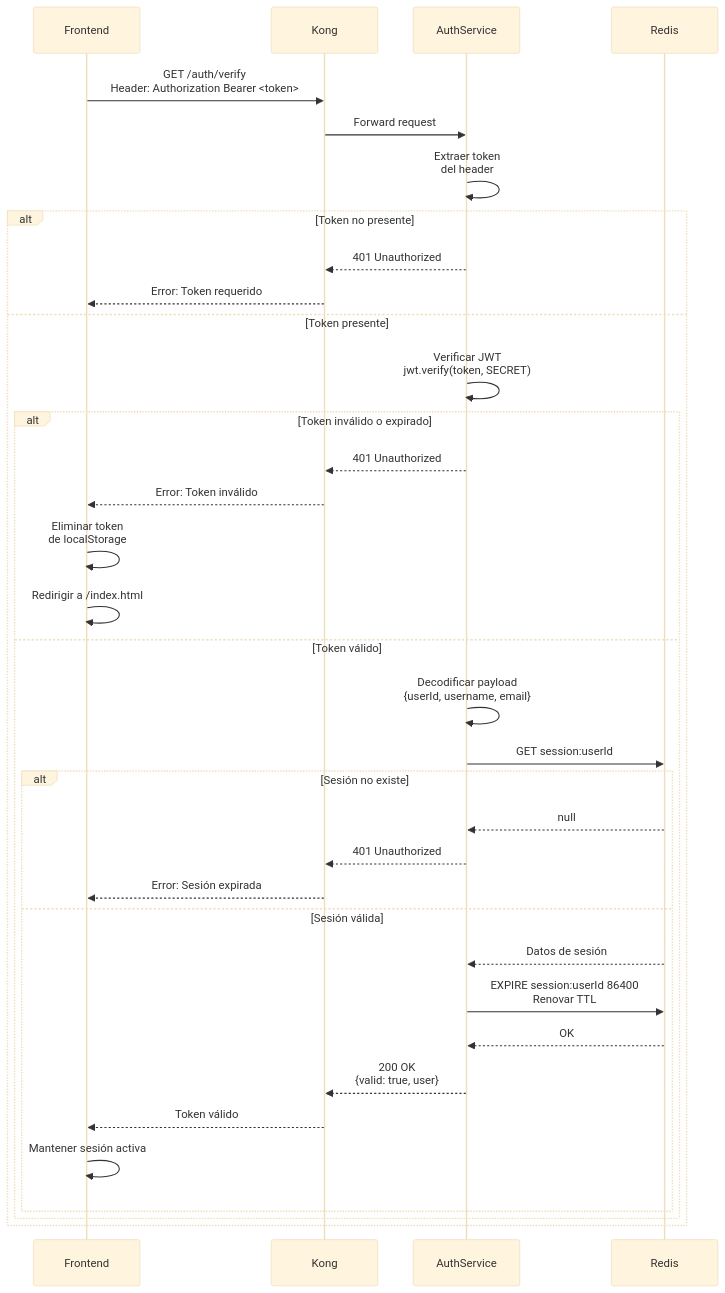
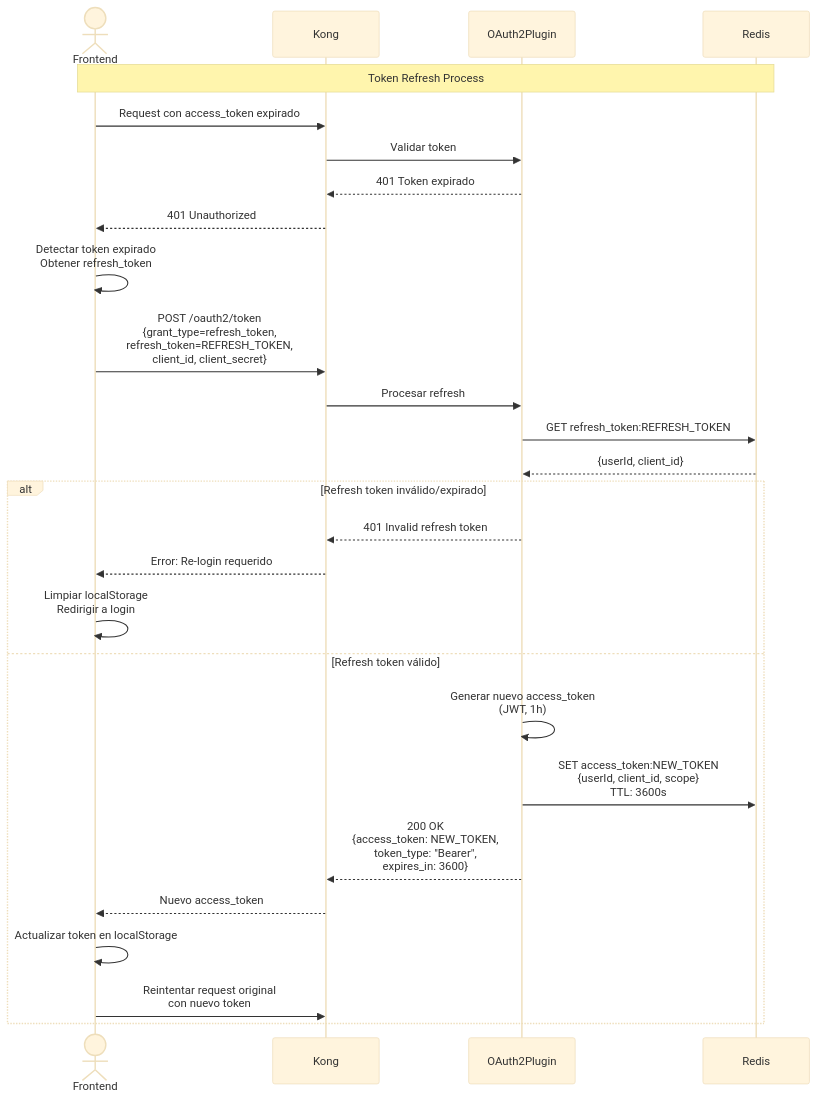
Before and after one commit to retrogamecloud/docs: the third of 8 diagrams in sequence-diagrams.mdx, drawn with Mermaid (base theme). The commit also changed other lines of this file and 40 other files, not shown here.

````diff
--- a/sequence-diagrams.mdx
+++ b/sequence-diagrams.mdx
@@ -121,47 +154,38 @@
 ```mermaid
 sequenceDiagram
-    participant Frontend
+    actor Frontend
     participant Kong
-    participant AuthService
+    participant OAuth2Plugin
     participant Redis
 
-    Frontend->>Kong: GET /auth/verify<br/>Header: Authorization Bearer <token>
+    Note over Frontend,Redis: Token Refresh Process
 
-    Kong->>AuthService: Forward request
+    Frontend->>Kong: Request con access_token expirado
+    Kong->>OAuth2Plugin: Validar token
+    OAuth2Plugin-->>Kong: 401 Token expirado
+    Kong-->>Frontend: 401 Unauthorized
 
-    AuthService->>AuthService: Extraer token<br/>del header
+    Frontend->>Frontend: Detectar token expirado<br/>Obtener refresh_token
 
-    alt Token no presente
-        AuthService-->>Kong: 401 Unauthorized
-        Kong-->>Frontend: Error: Token requerido
-    else Token presente
-        AuthService->>AuthService: Verificar JWT<br/>jwt.verify(token, SECRET)
+    Frontend->>Kong: POST /oauth2/token<br/>{grant_type=refresh_token,<br/>refresh_token=REFRESH_TOKEN,<br/>client_id, client_secret}
 
-        alt Token inválido o expirado
-            AuthService-->>Kong: 401 Unauthorized
-            Kong-->>Frontend: Error: Token inválido
-            Frontend->>Frontend: Eliminar token<br/>de localStorage
-            Frontend->>Frontend: Redirigir a /index.html
-        else Token válido
-            AuthService->>AuthService: Decodificar payload<br/>{userId, username, email}
+    Kong->>OAuth2Plugin: Procesar refresh
+    OAuth2Plugin->>Redis: GET refresh_token:REFRESH_TOKEN
+    Redis-->>OAuth2Plugin: {userId, client_id}
 
-            AuthService->>Redis: GET session:userId
+    alt Refresh token inválido/expirado
+        OAuth2Plugin-->>Kong: 401 Invalid refresh token
+        Kong-->>Frontend: Error: Re-login requerido
+        Frontend->>Frontend: Limpiar localStorage<br/>Redirigir a login
+    else Refresh token válido
+        OAuth2Plugin->>OAuth2Plugin: Generar nuevo access_token<br/>(JWT, 1h)
 
-            alt Sesión no existe
-                Redis-->>AuthService: null
-                AuthService-->>Kong: 401 Unauthorized
-                Kong-->>Frontend: Error: Sesión expirada
-            else Sesión válida
-                Redis-->>AuthService: Datos de sesión
+        OAuth2Plugin->>Redis: SET access_token:NEW_TOKEN<br/>{userId, client_id, scope}<br/>TTL: 3600s
 
-                AuthService->>Redis: EXPIRE session:userId 86400<br/>Renovar TTL
-                Redis-->>AuthService: OK
+        OAuth2Plugin-->>Kong: 200 OK<br/>{access_token: NEW_TOKEN,<br/>token_type: "Bearer",<br/>expires_in: 3600}
 
-                AuthService-->>Kong: 200 OK<br/>{valid: true, user}
-                Kong-->>Frontend: Token válido
-                Frontend->>Frontend: Mantener sesión activa
-            end
-        end
+        Kong-->>Frontend: Nuevo access_token
+        Frontend->>Frontend: Actualizar token en localStorage
+        Frontend->>Kong: Reintentar request original<br/>con nuevo token
     end
-
 ```
````
